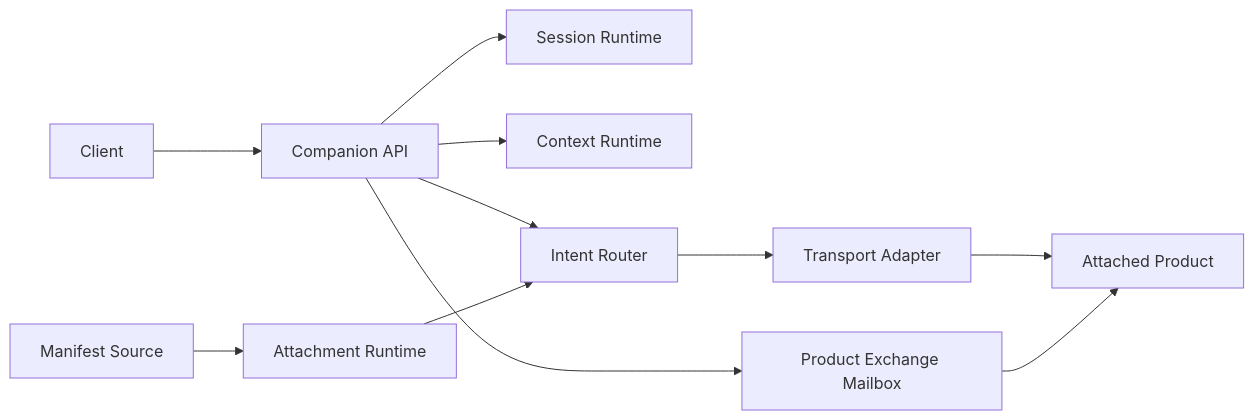
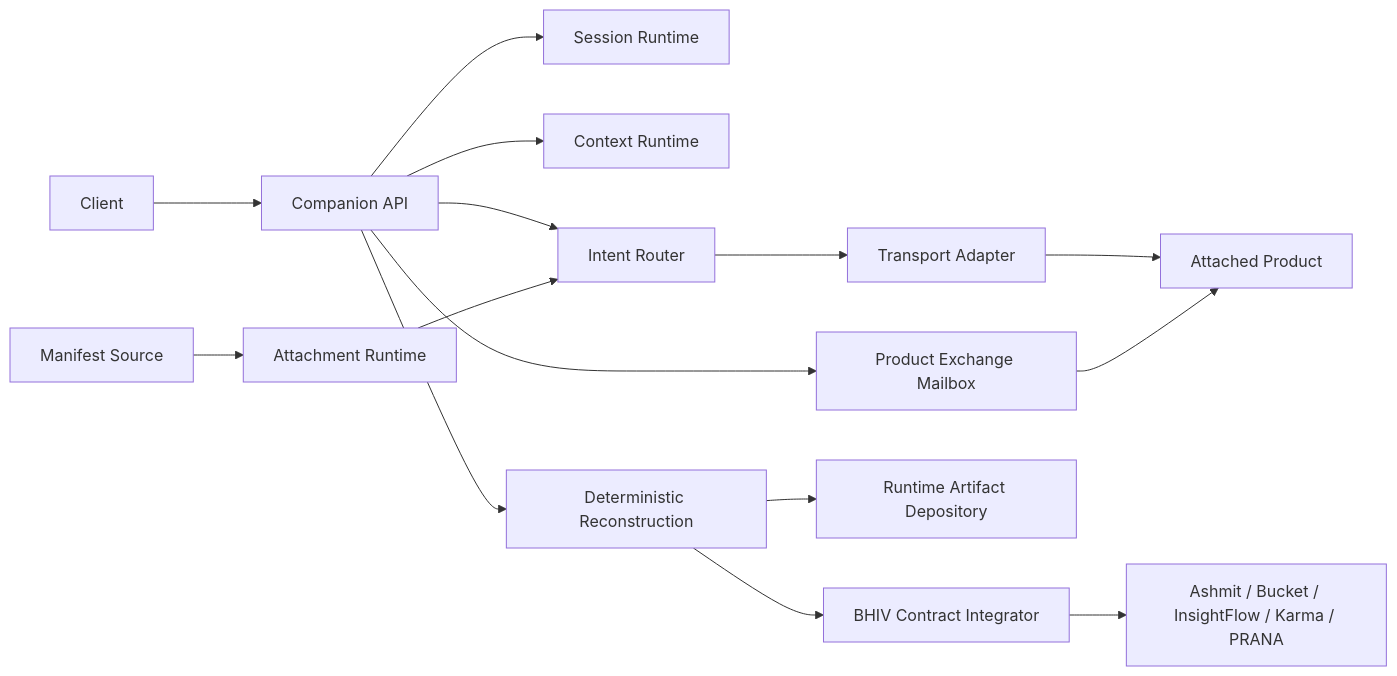
The diagram in docs/ARCHITECTURE.md (great1239/mitra-final-phase), drawn with Mermaid before and after one commit. The commit also changed other lines of this file and 125 other files, not shown here.

````diff
--- a/docs/ARCHITECTURE.md
+++ b/docs/ARCHITECTURE.md
@@ -6,13 +6,17 @@
 ```mermaid
 flowchart LR
   Client["Client"] --> API["Companion API"]
   API --> Session["Session Runtime"]
   API --> Context["Context Runtime"]
   API --> Router["Intent Router"]
   API --> Exchange["Product Exchange Mailbox"]
   Source["Manifest Source"] --> Attachment["Attachment Runtime"]
   Attachment --> Router
   Router --> Transport["Transport Adapter"]
   Transport --> Product["Attached Product"]
   Exchange --> Product
+  API --> Replay["Deterministic Reconstruction"]
+  Replay --> Depository["Runtime Artifact Depository"]
+  Replay --> Integration["BHIV Contract Integrator"]
+  Integration --> Consumers["Ashmit / Bucket / InsightFlow / Karma / PRANA"]
 ```
````
